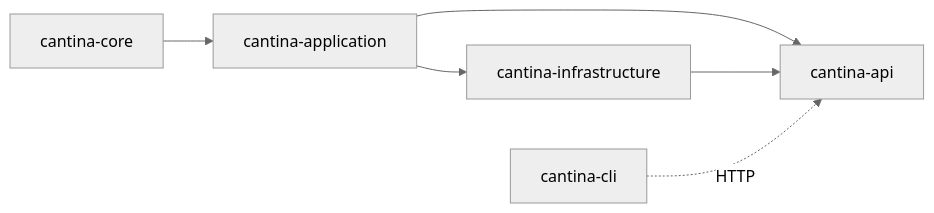
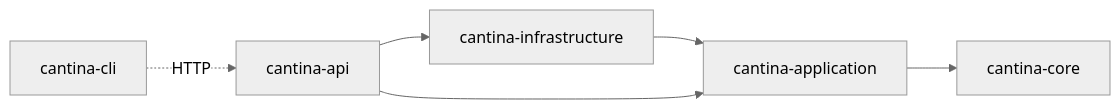
The first of 4 diagrams in docs/architecture/backend.md (agonyG4/CantinaSesi), drawn with Mermaid (neutral theme) before and after one commit. The commit also changed other lines of this file and 16 other files, not shown here.

````diff
--- a/docs/architecture/backend.md
+++ b/docs/architecture/backend.md
@@ -70,8 +70,9 @@
 ```mermaid
 graph LR
-    CORE["cantina-core"] --> APP["cantina-application"]
-    APP --> INFRA["cantina-infrastructure"]
-    APP --> API["cantina-api"]
-    INFRA --> API
+    CORE["cantina-core"]
+    APP["cantina-application"] --> CORE
+    INFRA["cantina-infrastructure"] --> APP
+    API["cantina-api"] --> APP
+    API --> INFRA
     CLI["cantina-cli"] -. "HTTP" .-> API
 ```
````
